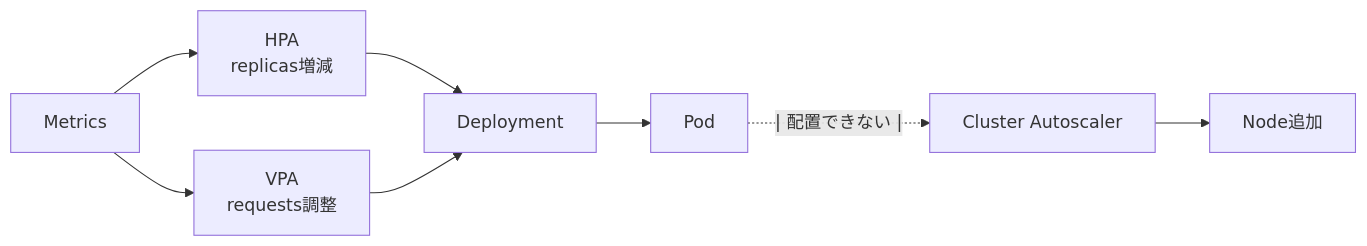
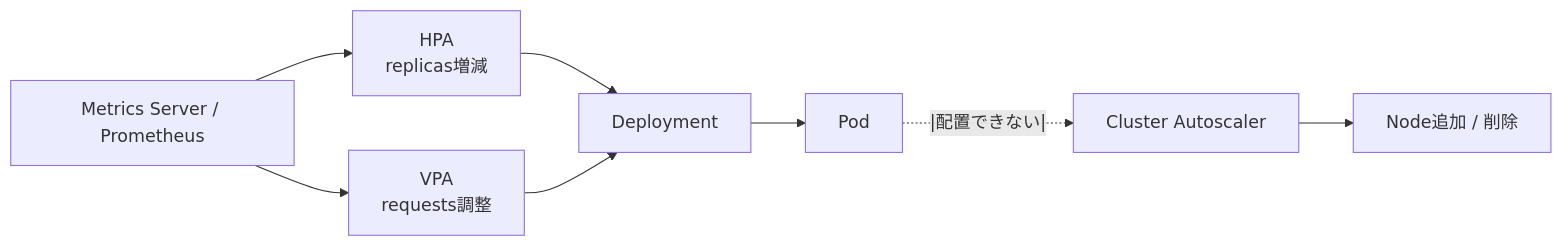
One commit to swallowsaba/introduction-k8s changed the first of 12 diagrams in docs/07-production/autoscaling.md. Above: the diagram before and after it, drawn with Mermaid. The commit also changed other lines of this file and 10 other files, not shown here.

````diff
--- a/docs/07-production/autoscaling.md
+++ b/docs/07-production/autoscaling.md
@@ -26,10 +26,10 @@
 ```mermaid
 flowchart LR
-    metric[Metrics] --> hpa[HPA<br>replicas増減]
+    metric[Metrics Server / Prometheus] --> hpa[HPA<br>replicas増減]
     hpa --> deploy[Deployment]
     metric --> vpa[VPA<br>requests調整]
     vpa --> deploy
     deploy --> pod[Pod]
-    pod -.| 配置できない |.-> ca[Cluster Autoscaler]
-    ca --> node[Node追加]
+    pod -.|配置できない|.-> ca[Cluster Autoscaler]
+    ca --> node[Node追加 / 削除]
 ```
````
